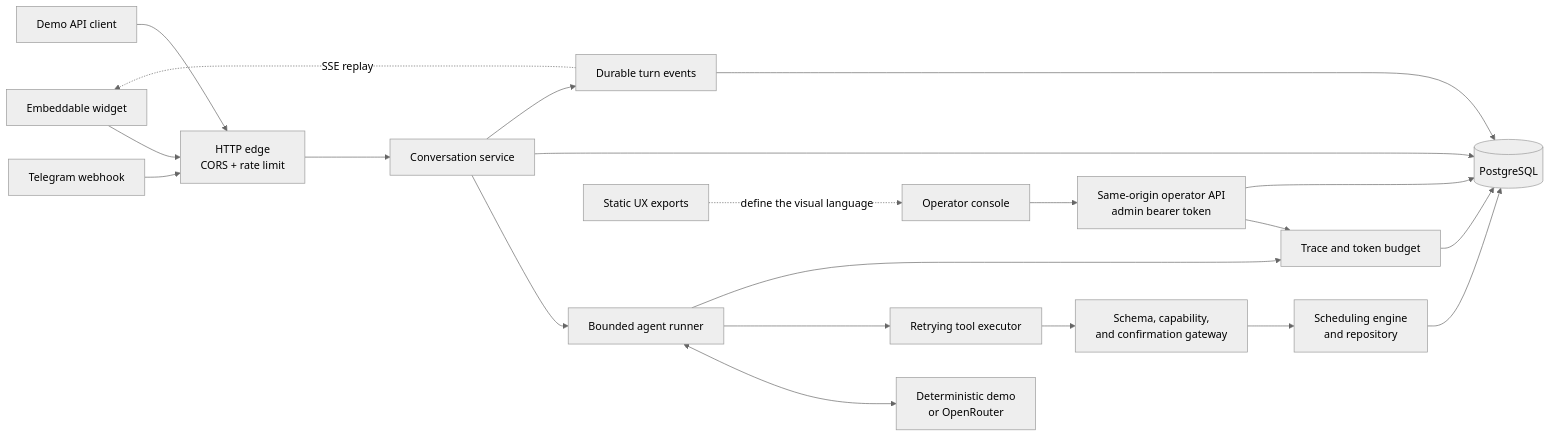
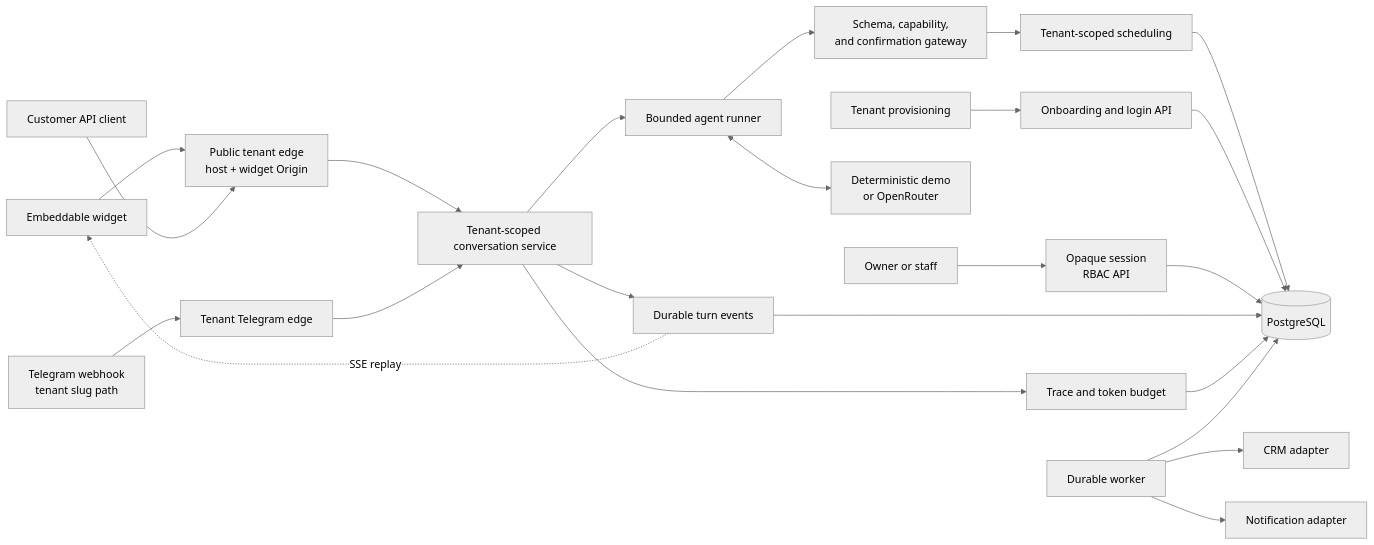
The diagram in README.md (reinh2/Kontor), drawn with Mermaid (neutral theme) before and after one commit. The commit also changed other lines of this file and 46 other files, not shown here.

````diff
--- a/README.md
+++ b/README.md
@@ -79,23 +126,25 @@
 ```mermaid
 flowchart LR
-    Widget["Embeddable widget"] --> Edge
-    Telegram["Telegram webhook"] --> Edge
-    Client["Demo API client"] --> Edge
-    Operator["Operator console"] --> OperatorAPI["Same-origin operator API<br/>admin bearer token"]
-    Edge["HTTP edge<br/>CORS + rate limit"] --> App["Conversation service"]
-    App --> Runner["Bounded agent runner"]
+    Widget["Embeddable widget"] --> Public["Public tenant edge<br/>host + widget Origin"]
+    Customer["Customer API client"] --> Public
+    Telegram["Telegram webhook<br/>tenant slug path"] --> TelegramEdge["Tenant Telegram edge"]
+    Provisioning["Tenant provisioning"] --> Onboarding["Onboarding and login API"]
+    Operator["Owner or staff"] --> Session["Opaque session<br/>RBAC API"]
+    Public --> Runtime["Tenant-scoped conversation service"]
+    TelegramEdge --> Runtime
+    Runtime --> Runner["Bounded agent runner"]
     Runner <--> Model["Deterministic demo<br/>or OpenRouter"]
-    Runner --> Executor["Retrying tool executor"]
-    Executor --> Gateway["Schema, capability,<br/>and confirmation gateway"]
-    Gateway --> Schedule["Scheduling engine<br/>and repository"]
+    Runner --> Gateway["Schema, capability,<br/>and confirmation gateway"]
+    Gateway --> Schedule["Tenant-scoped scheduling"]
     Schedule --> DB[(PostgreSQL)]
-    App --> DB
-    App --> Events["Durable turn events"]
+    Onboarding --> DB
+    Session --> DB
+    Runtime --> Events["Durable turn events"]
     Events --> DB
     Events -. SSE replay .-> Widget
-    Runner --> Trace["Trace and token budget"]
+    Runtime --> Trace["Trace and token budget"]
     Trace --> DB
-    OperatorAPI --> Trace
-    OperatorAPI --> DB
-    Exports["Static UX exports"] -. define the visual language .-> Operator
+    Worker["Durable worker"] --> DB
+    Worker --> CRM["CRM adapter"]
+    Worker --> Notify["Notification adapter"]
 ```
````
